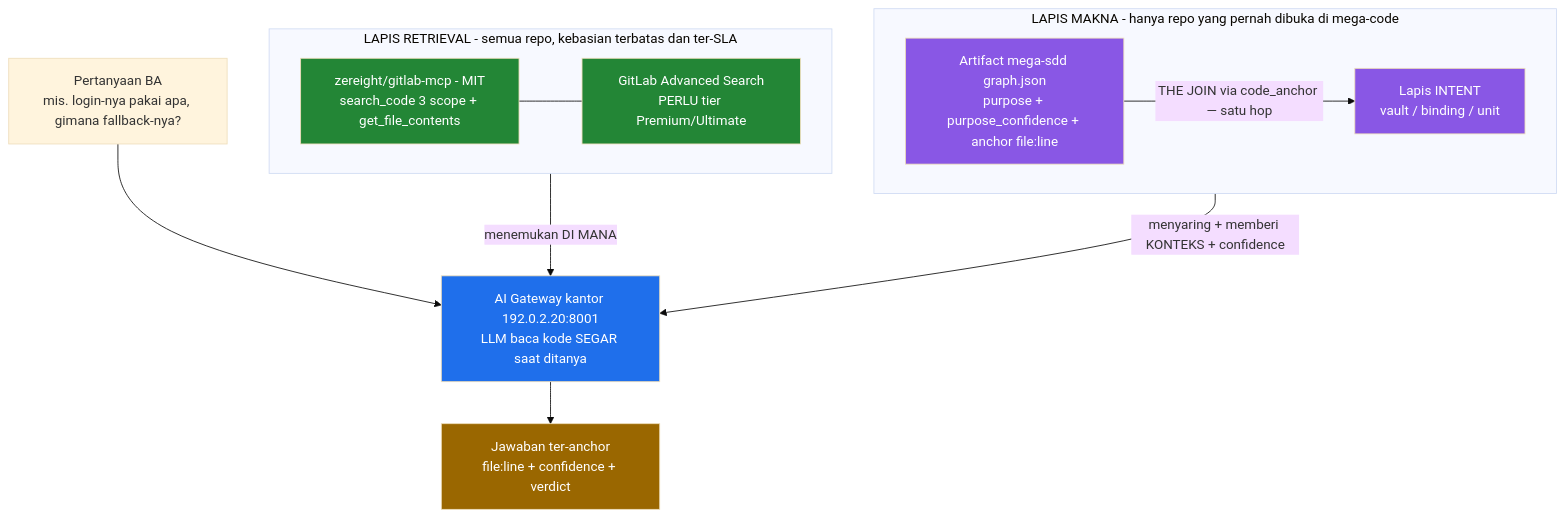
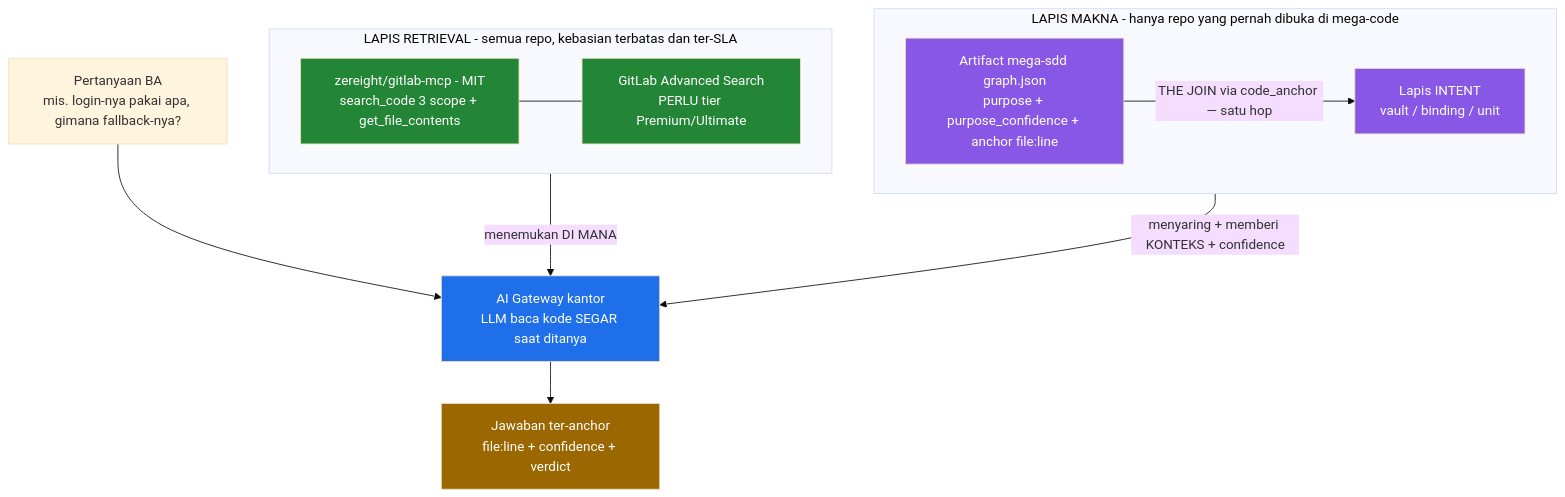
The diagram in research/2026-08-21-code-intelligence-for-ba.md (FarhanRiuzaki/Mega-SDD), drawn with Mermaid (base theme) before and after one commit. The commit also changed other lines of this file, not shown here.

Commit message:
docs(research): redact the internal gateway IP + annotate the removed gateway docs

````diff
--- a/research/2026-08-21-code-intelligence-for-ba.md
+++ b/research/2026-08-21-code-intelligence-for-ba.md
@@ -289,30 +289,30 @@
 ```mermaid
 flowchart TD
     BA["Pertanyaan BA<br/>mis. login-nya pakai apa, gimana fallback-nya?"]
-    GW["AI Gateway kantor 192.0.2.20:8001<br/>LLM baca kode SEGAR saat ditanya"]
+    GW["AI Gateway kantor<br/>LLM baca kode SEGAR saat ditanya"]
     JW["Jawaban ter-anchor<br/>file:line + confidence + verdict"]
 
     subgraph RET["LAPIS RETRIEVAL - semua repo, kebasian terbatas dan ter-SLA"]
         Z["zereight/gitlab-mcp - MIT<br/>search_code 3 scope + get_file_contents"]
         AS["GitLab Advanced Search<br/>PERLU tier Premium/Ultimate"]
         Z --- AS
     end
 
     subgraph MAK["LAPIS MAKNA - hanya repo yang pernah dibuka di mega-code"]
         M["Artifact mega-sdd graph.json<br/>purpose + purpose_confidence + anchor file:line"]
         I["Lapis INTENT<br/>vault / binding / unit"]
         M -->|"THE JOIN via code_anchor — satu hop"| I
     end
 
     BA --> GW
     RET -->|"menemukan DI MANA"| GW
     MAK -->|"menyaring + memberi KONTEKS + confidence"| GW
     GW --> JW
 
     style GW fill:#1f6feb,color:#fff
     style Z fill:#238636,color:#fff
     style AS fill:#238636,color:#fff
     style M fill:#8957e5,color:#fff
     style I fill:#8957e5,color:#fff
     style JW fill:#9a6700,color:#fff
 ```
````
